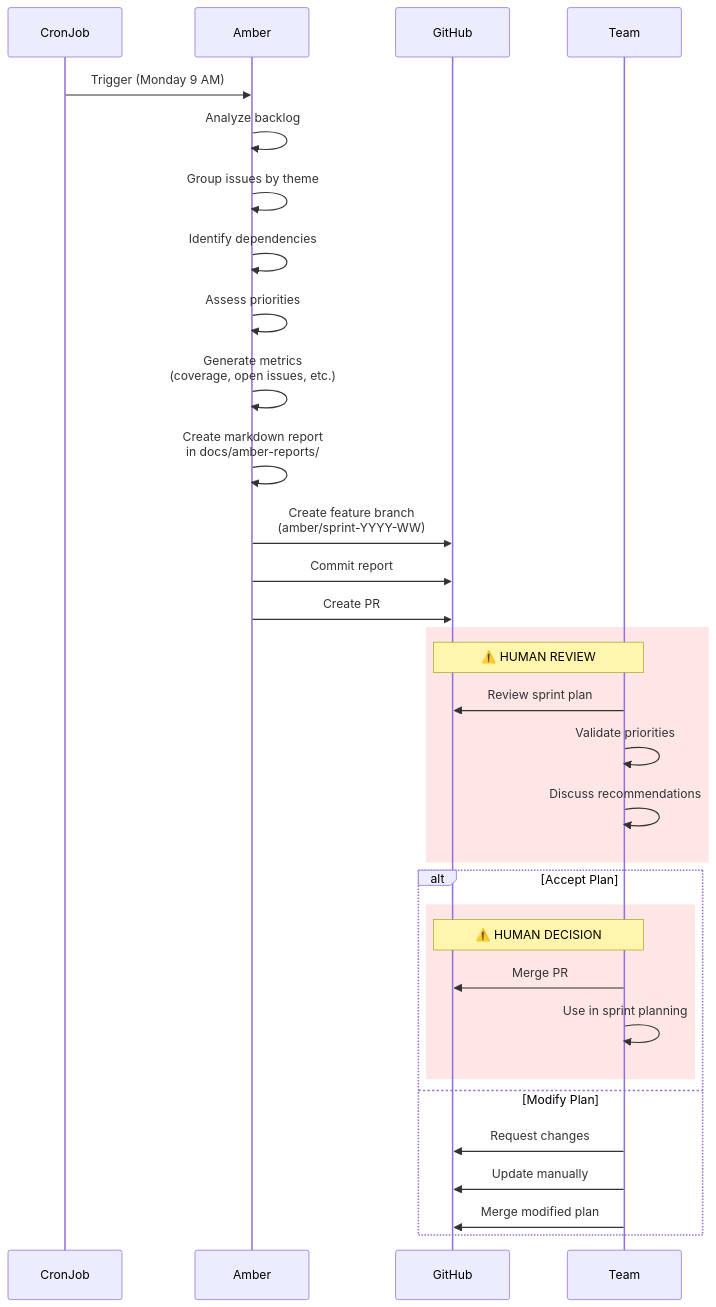
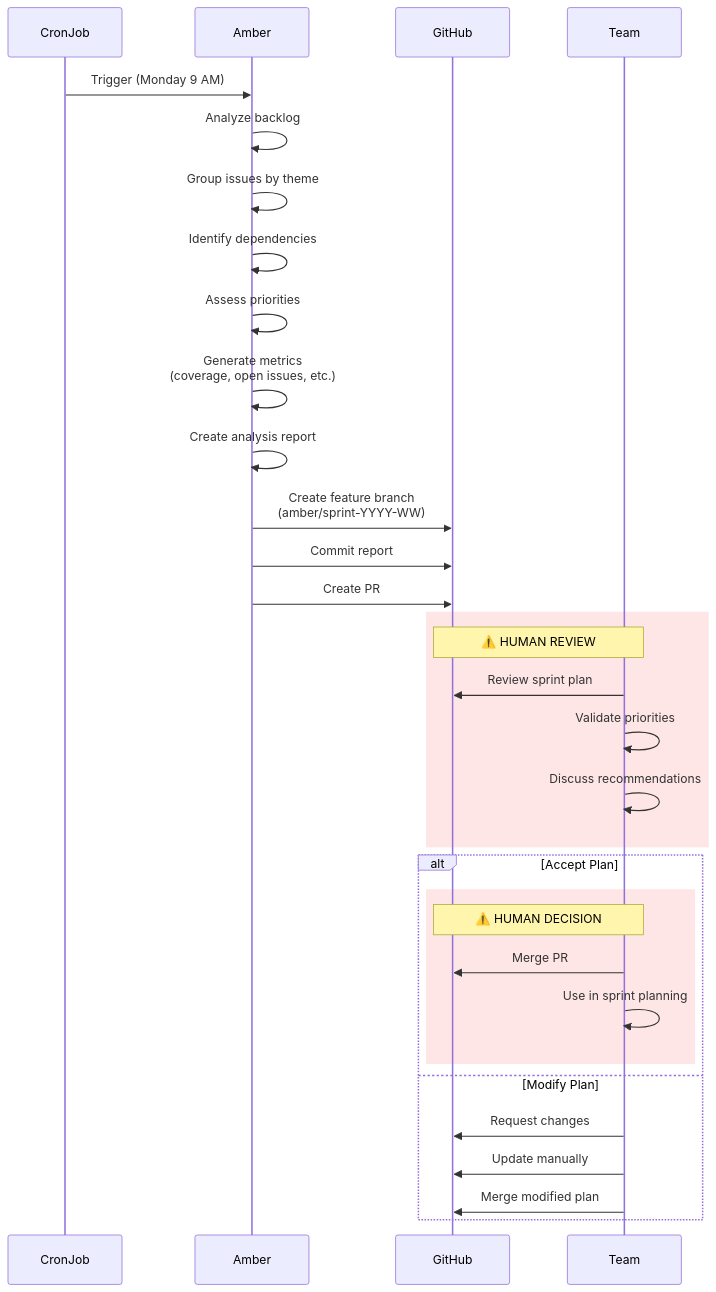
The third of 4 diagrams in docs/user-guide/working-with-amber.md (ambient-code/vTeam), drawn with Mermaid before and after one commit. The commit also changed other lines of this file, not shown here.

First line of the commit message:
fix(docs): improve Amber documentation accuracy and formatting

````diff
--- a/docs/user-guide/working-with-amber.md
+++ b/docs/user-guide/working-with-amber.md
@@ -374,37 +369,37 @@
 ```mermaid
 sequenceDiagram
     participant Cron as CronJob
     participant A as Amber
     participant GH as GitHub
     participant Team as Team
 
     Cron->>A: Trigger (Monday 9 AM)
     A->>A: Analyze backlog
     A->>A: Group issues by theme
     A->>A: Identify dependencies
     A->>A: Assess priorities
     A->>A: Generate metrics<br/>(coverage, open issues, etc.)
-    A->>A: Create markdown report<br/>in docs/amber-reports/
+    A->>A: Create analysis report
     A->>GH: Create feature branch<br/>(amber/sprint-YYYY-WW)
     A->>GH: Commit report
     A->>GH: Create PR
 
     rect rgb(255, 230, 230)
         Note over GH,Team: ⚠️ HUMAN REVIEW
         Team->>GH: Review sprint plan
         Team->>Team: Validate priorities
         Team->>Team: Discuss recommendations
     end
 
     alt Accept Plan
         rect rgb(255, 230, 230)
             Note over GH,Team: ⚠️ HUMAN DECISION
             Team->>GH: Merge PR
             Team->>Team: Use in sprint planning
         end
     else Modify Plan
         Team->>GH: Request changes
         Team->>GH: Update manually
         Team->>GH: Merge modified plan
     end
 ```
````
